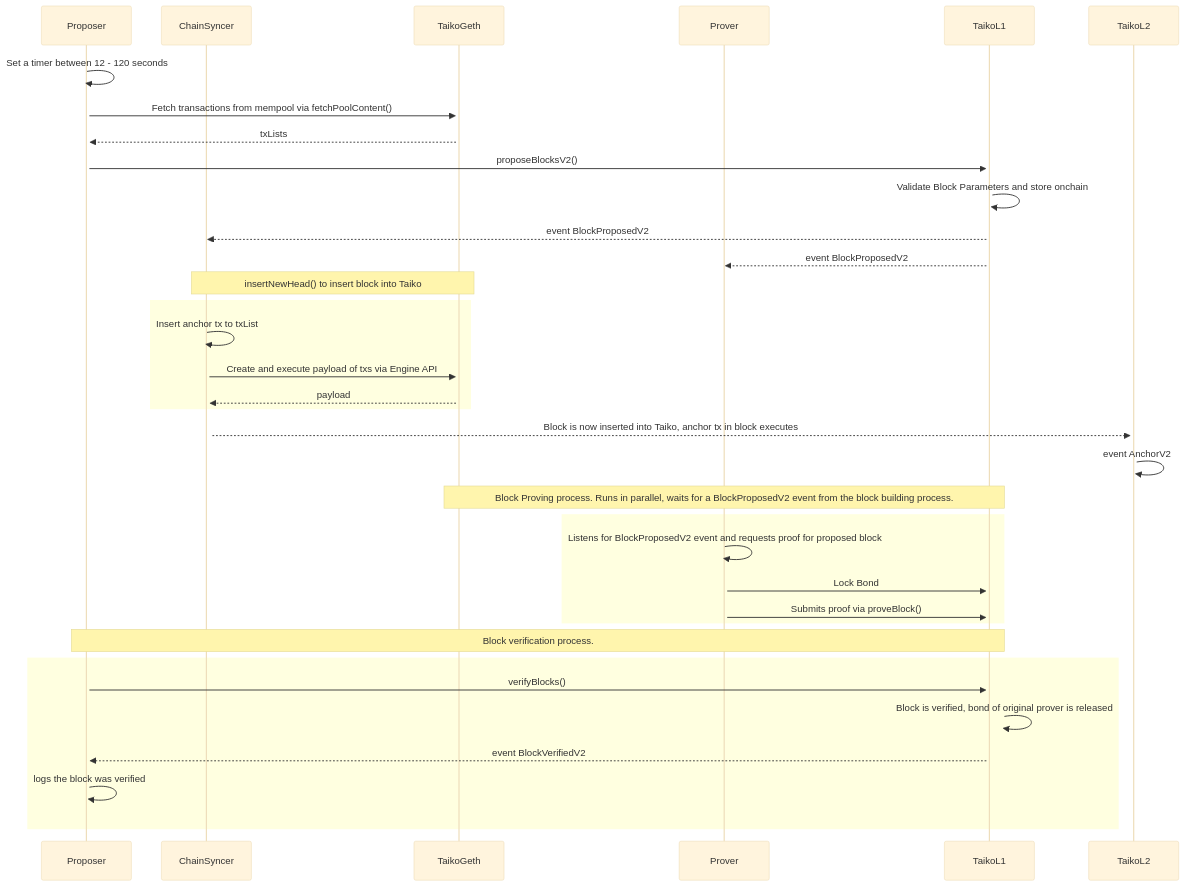
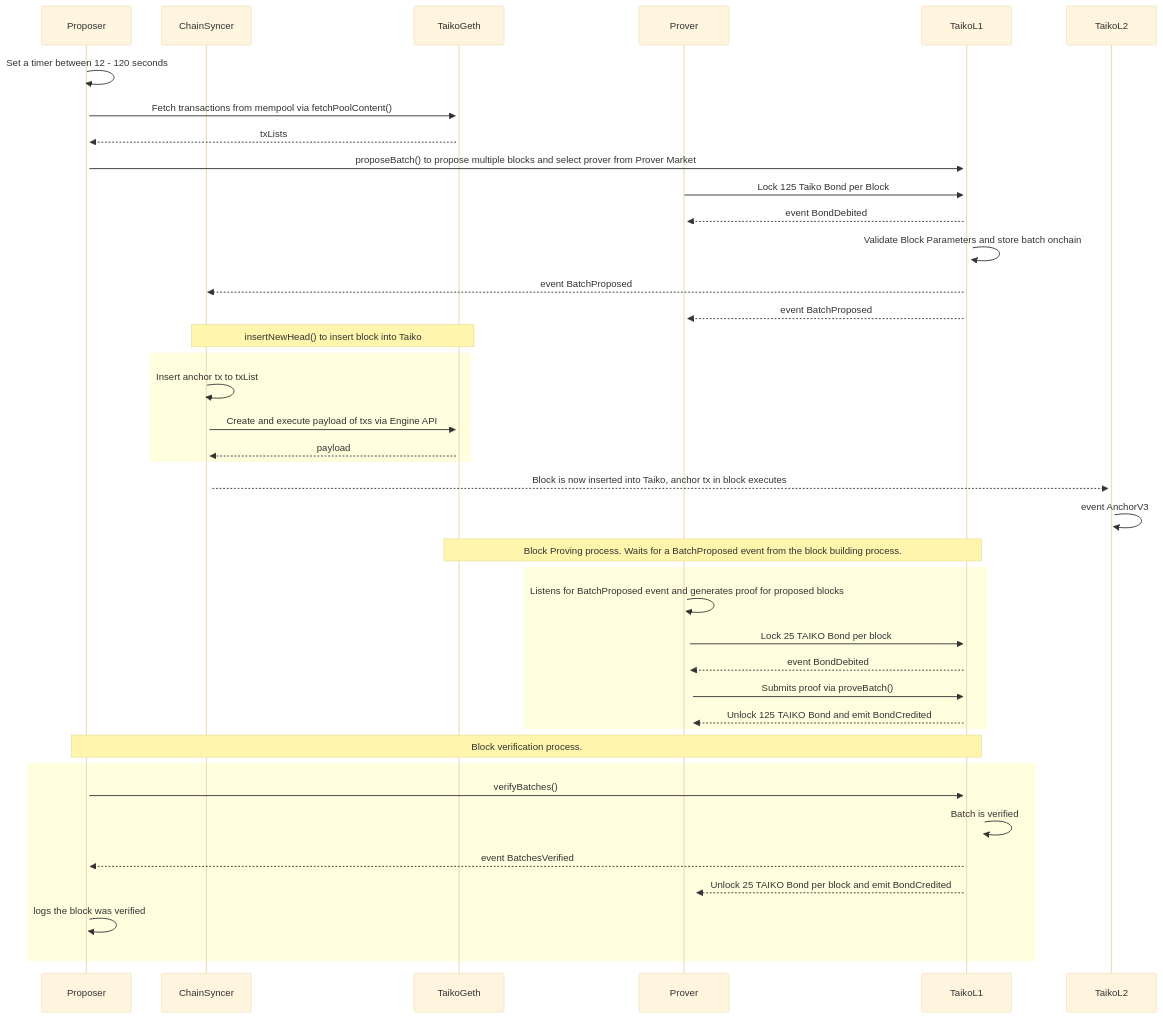
Before and after one commit to fahimahmedx/taiko-block-building: the diagram in diagram.MD, drawn with Mermaid (base theme).

Commit message:
update detailed diagram to Alethia

````diff
--- a/diagram.MD
+++ b/diagram.MD
@@ -1,39 +1,44 @@
 ```mermaid
 sequenceDiagram
 participant Proposer
 participant ChainSyncer
 participant TaikoGeth
 participant Prover
 participant TaikoL1
 participant TaikoL2
 
 
 Proposer->>+Proposer: Set a timer between 12 - 120 seconds
 Proposer->>+TaikoGeth: Fetch transactions from mempool via fetchPoolContent()
 TaikoGeth-->>Proposer: txLists
-Proposer->>+TaikoL1: proposeBlocksV2()
-TaikoL1->>+TaikoL1: Validate Block Parameters and store onchain
-TaikoL1-->>ChainSyncer: event BlockProposedV2
-TaikoL1-->>Prover: event BlockProposedV2
+Proposer->>+TaikoL1: proposeBatch() to propose multiple blocks and select prover from Prover Market
+Prover->>+TaikoL1: Lock 125 Taiko Bond per Block
+TaikoL1-->>+Prover: event BondDebited
+TaikoL1->>+TaikoL1: Validate Block Parameters and store batch onchain
+TaikoL1-->>ChainSyncer: event BatchProposed
+TaikoL1-->>Prover: event BatchProposed
 note over ChainSyncer,TaikoGeth: insertNewHead() to insert block into Taiko
 rect LightYellow
 ChainSyncer->>+ChainSyncer: Insert anchor tx to txList
 ChainSyncer->>+TaikoGeth: Create and execute payload of txs via Engine API
 TaikoGeth-->>+ChainSyncer: payload
 end
 ChainSyncer-->>+TaikoL2: Block is now inserted into Taiko, anchor tx in block executes
-TaikoL2->>+TaikoL2: event AnchorV2
-note over TaikoGeth,TaikoL1: Block Proving process. Runs in parallel, waits for a BlockProposedV2 event from the block building process.
+TaikoL2->>+TaikoL2: event AnchorV3
+note over TaikoGeth,TaikoL1: Block Proving process. Waits for a BatchProposed event from the block building process.
 rect LightYellow
-Prover->>+Prover: Listens for BlockProposedV2 event and requests proof for proposed block
-Prover->>+TaikoL1: Lock Bond
-Prover->>+TaikoL1: Submits proof via proveBlock()
+Prover->>+Prover: Listens for BatchProposed event and generates proof for proposed blocks
+Prover->>+TaikoL1: Lock 25 TAIKO Bond per block
+TaikoL1-->>+Prover: event BondDebited
+Prover->>+TaikoL1: Submits proof via proveBatch()
+TaikoL1-->>+Prover: Unlock 125 TAIKO Bond and emit BondCredited
 end
 note over Proposer,TaikoL1: Block verification process.
 rect LightYellow
-Proposer->>+TaikoL1: verifyBlocks()
-TaikoL1->>+TaikoL1: Block is verified, bond of original prover is released
-TaikoL1-->>Proposer: event BlockVerifiedV2
+Proposer->>+TaikoL1: verifyBatches()
+TaikoL1->>+TaikoL1: Batch is verified
+TaikoL1-->>Proposer: event BatchesVerified
+TaikoL1-->>+Prover: Unlock 25 TAIKO Bond per block and emit BondCredited
 Proposer->>+Proposer: logs the block was verified
 end
 ```
````
